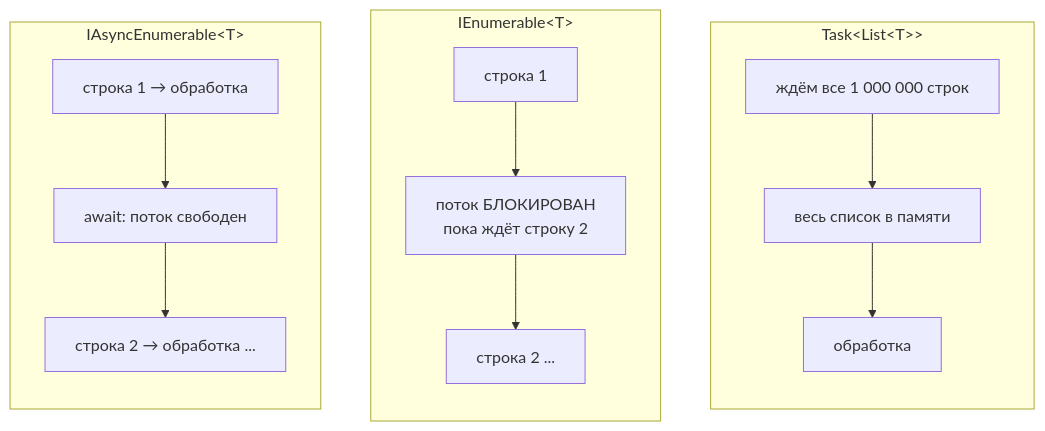
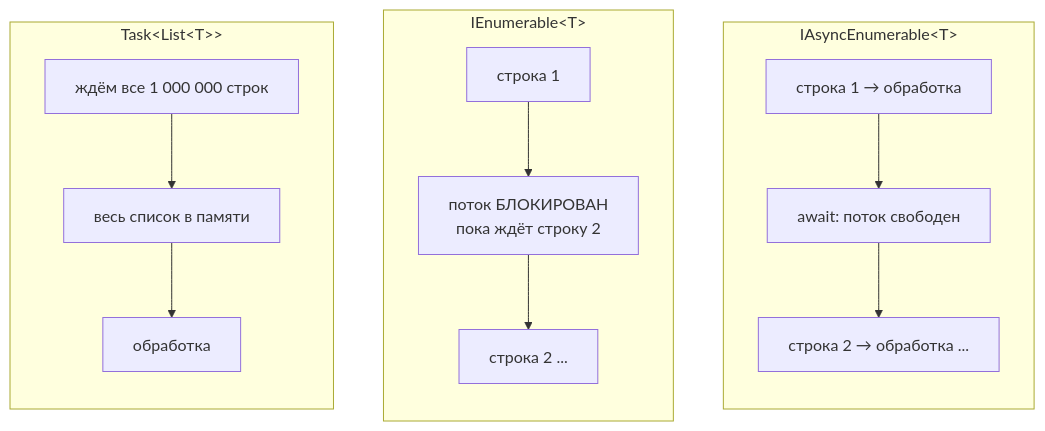
The first of 2 diagrams in content/01-csharp-dotnet/19-iasyncenumerable.md (sh-sharifjonov/DotnetQuestionsForMiddle), drawn with Mermaid before and after one commit. The commit also changed other lines of this file and 51 other files, not shown here.

First line of the commit message:
Improve diagram layouts, warn about over-wide diagrams

````diff
--- a/content/01-csharp-dotnet/19-iasyncenumerable.md
+++ b/content/01-csharp-dotnet/19-iasyncenumerable.md
@@ -28,15 +28,15 @@
 ```mermaid Три способа вернуть последовательность
 flowchart TB
-    subgraph T["Task&lt;List&lt;T&gt;&gt;"]
+    subgraph A["IAsyncEnumerable&lt;T&gt;"]
         direction TB
-        T1["ждём все 1 000 000 строк"] --> T2["весь список в памяти"]:::bad --> T3["обработка"]
+        A1["строка 1 → обработка"] --> A2["await: поток свободен"]:::good --> A3["строка 2 → обработка ..."]
     end
     subgraph E["IEnumerable&lt;T&gt;"]
         direction TB
         E1["строка 1"] --> E2["поток БЛОКИРОВАН<br/>пока ждёт строку 2"]:::warn --> E3["строка 2 ..."]
     end
-    subgraph A["IAsyncEnumerable&lt;T&gt;"]
+    subgraph T["Task&lt;List&lt;T&gt;&gt;"]
         direction TB
-        A1["строка 1 → обработка"] --> A2["await: поток свободен"]:::good --> A3["строка 2 → обработка ..."]
+        T1["ждём все 1 000 000 строк"] --> T2["весь список в памяти"]:::bad --> T3["обработка"]
     end
 ```
````
